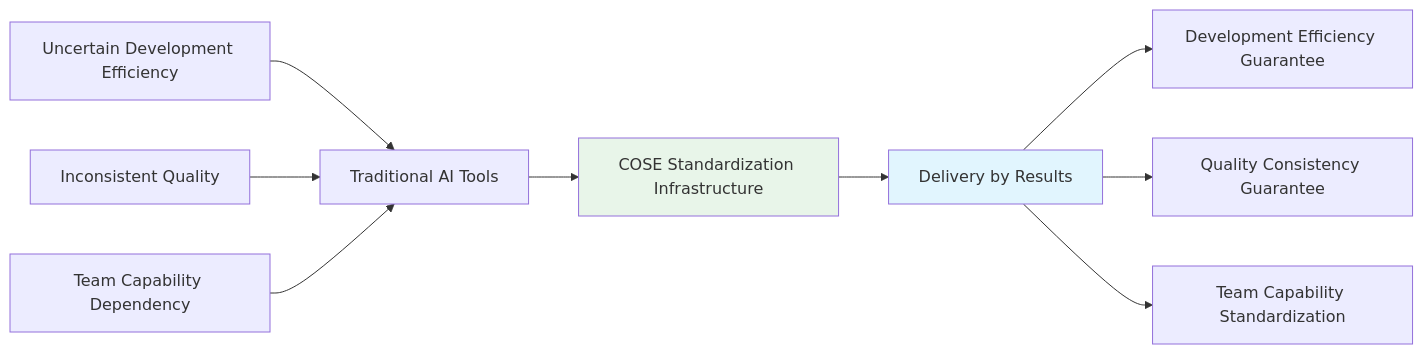
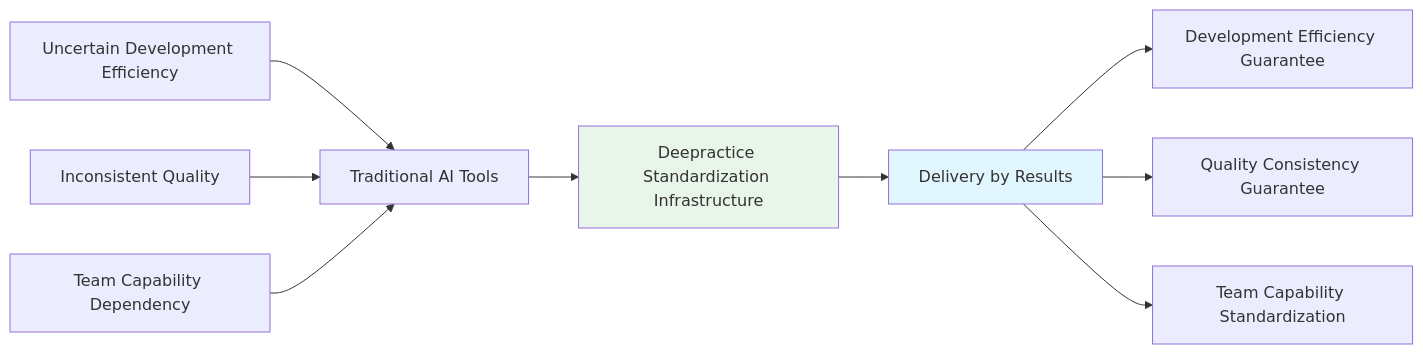
Before and after one commit to Deepractice/COSE: the first of 2 diagrams in README_EN.md, drawn with Mermaid. The commit also changed other lines of this file and 1 other file, not shown here.

````diff
--- a/README_EN.md
+++ b/README_EN.md
@@ -143,16 +143,16 @@
 ```mermaid
 graph LR
-    A[Traditional AI Tools] --> B[COSE Standardization Infrastructure]
+    A[Traditional AI Tools] --> B[Deepractice Standardization Infrastructure]
     B --> C[Delivery by Results]
     
     A1[Uncertain Development Efficiency] --> A
     A2[Inconsistent Quality] --> A
     A3[Team Capability Dependency] --> A
     
     C --> C1[Development Efficiency Guarantee]
     C --> C2[Quality Consistency Guarantee]
     C --> C3[Team Capability Standardization]
     
     style B fill:#e8f5e9
     style C fill:#e1f5fe
 ```
````
